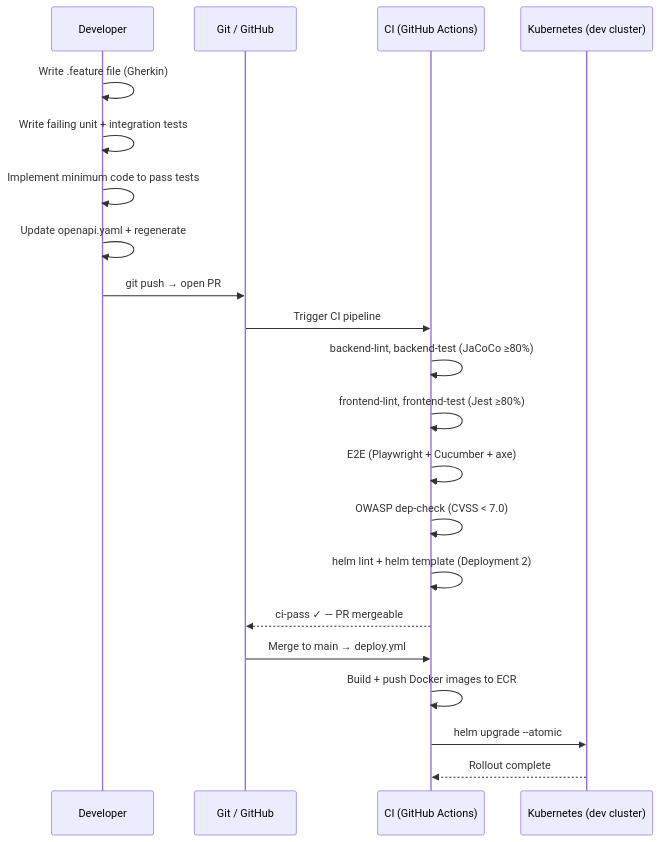
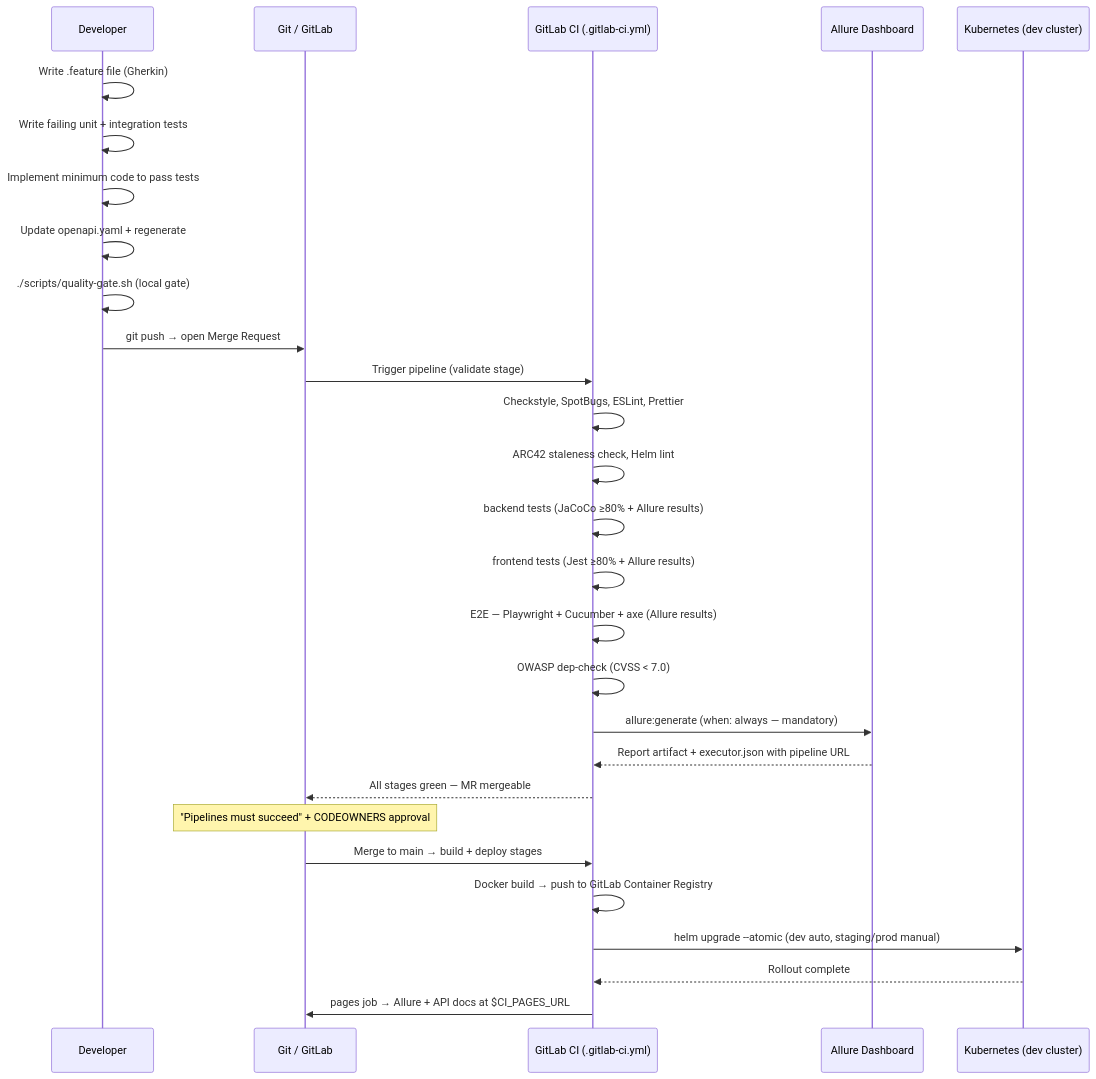
One commit to alfrepo/ai-claude-webappscaffold changed the seventh of 10 diagrams in docs/ARC42.md. Above: the diagram before and after it, drawn with Mermaid. The commit also changed other lines of this file and 14 other files, not shown here.

Commit message:
adding more  allure, gitlab

````diff
--- a/docs/ARC42.md
+++ b/docs/ARC42.md
@@ -415,24 +417,31 @@
 ```mermaid
 sequenceDiagram
     participant Dev as Developer
-    participant GH as Git / GitHub
-    participant CI as CI (GitHub Actions)
+    participant GL as Git / GitLab
+    participant CI as GitLab CI (.gitlab-ci.yml)
+    participant Allure as Allure Dashboard
     participant K8s as Kubernetes (dev cluster)
 
     Dev->>Dev: Write .feature file (Gherkin)
     Dev->>Dev: Write failing unit + integration tests
     Dev->>Dev: Implement minimum code to pass tests
     Dev->>Dev: Update openapi.yaml + regenerate
-    Dev->>GH: git push → open PR
-    GH->>CI: Trigger CI pipeline
-    CI->>CI: backend-lint, backend-test (JaCoCo ≥80%)
-    CI->>CI: frontend-lint, frontend-test (Jest ≥80%)
-    CI->>CI: E2E (Playwright + Cucumber + axe)
+    Dev->>Dev: ./scripts/quality-gate.sh (local gate)
+    Dev->>GL: git push → open Merge Request
+    GL->>CI: Trigger pipeline (validate stage)
+    CI->>CI: Checkstyle, SpotBugs, ESLint, Prettier
+    CI->>CI: ARC42 staleness check, Helm lint
+    CI->>CI: backend tests (JaCoCo ≥80% + Allure results)
+    CI->>CI: frontend tests (Jest ≥80% + Allure results)
+    CI->>CI: E2E — Playwright + Cucumber + axe (Allure results)
     CI->>CI: OWASP dep-check (CVSS < 7.0)
-    CI->>CI: helm lint + helm template (Deployment 2)
-    CI-->>GH: ci-pass ✓ — PR mergeable
-    GH->>CI: Merge to main → deploy.yml
-    CI->>CI: Build + push Docker images to ECR
-    CI->>K8s: helm upgrade --atomic
+    CI->>Allure: allure:generate (when: always — mandatory)
+    Allure-->>CI: Report artifact + executor.json with pipeline URL
+    CI-->>GL: All stages green — MR mergeable
+    Note over GL: "Pipelines must succeed" + CODEOWNERS approval
+    GL->>CI: Merge to main → build + deploy stages
+    CI->>CI: Docker build → push to GitLab Container Registry
+    CI->>K8s: helm upgrade --atomic (dev auto, staging/prod manual)
     K8s-->>CI: Rollout complete
+    CI->>GL: pages job → Allure + API docs at $CI_PAGES_URL
 ```
````
